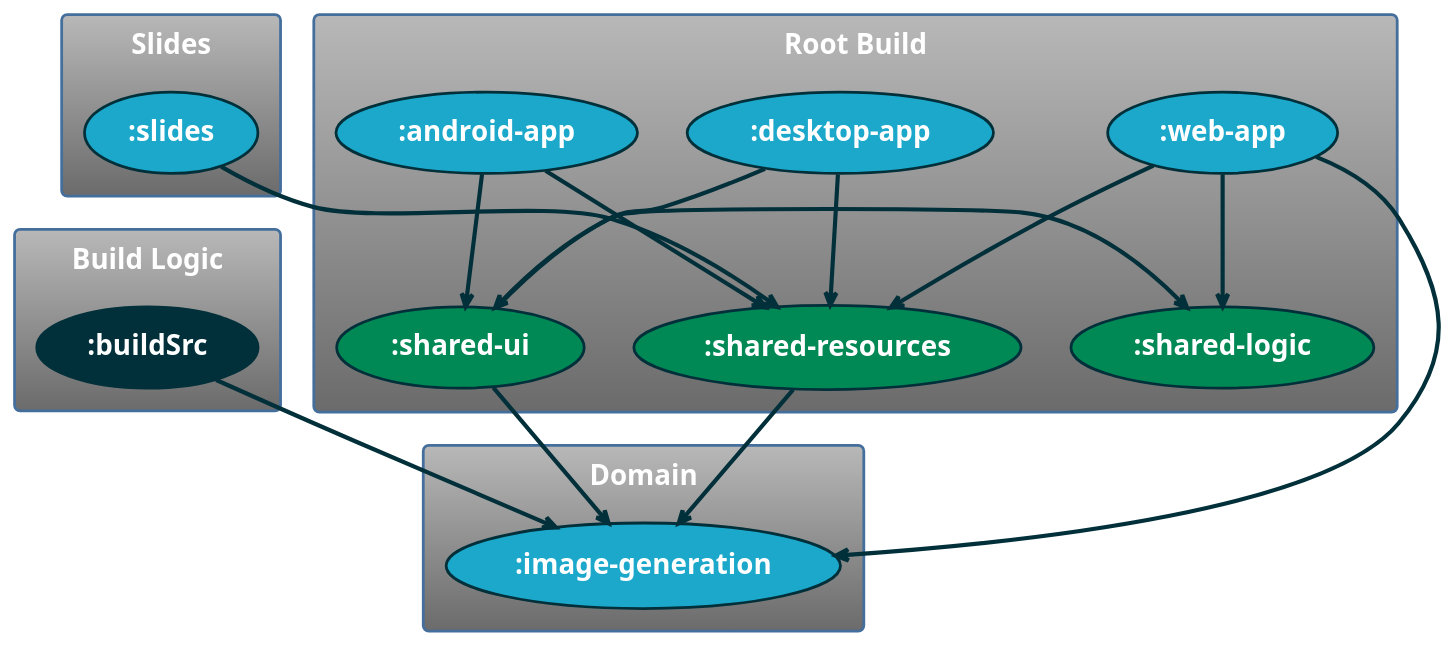
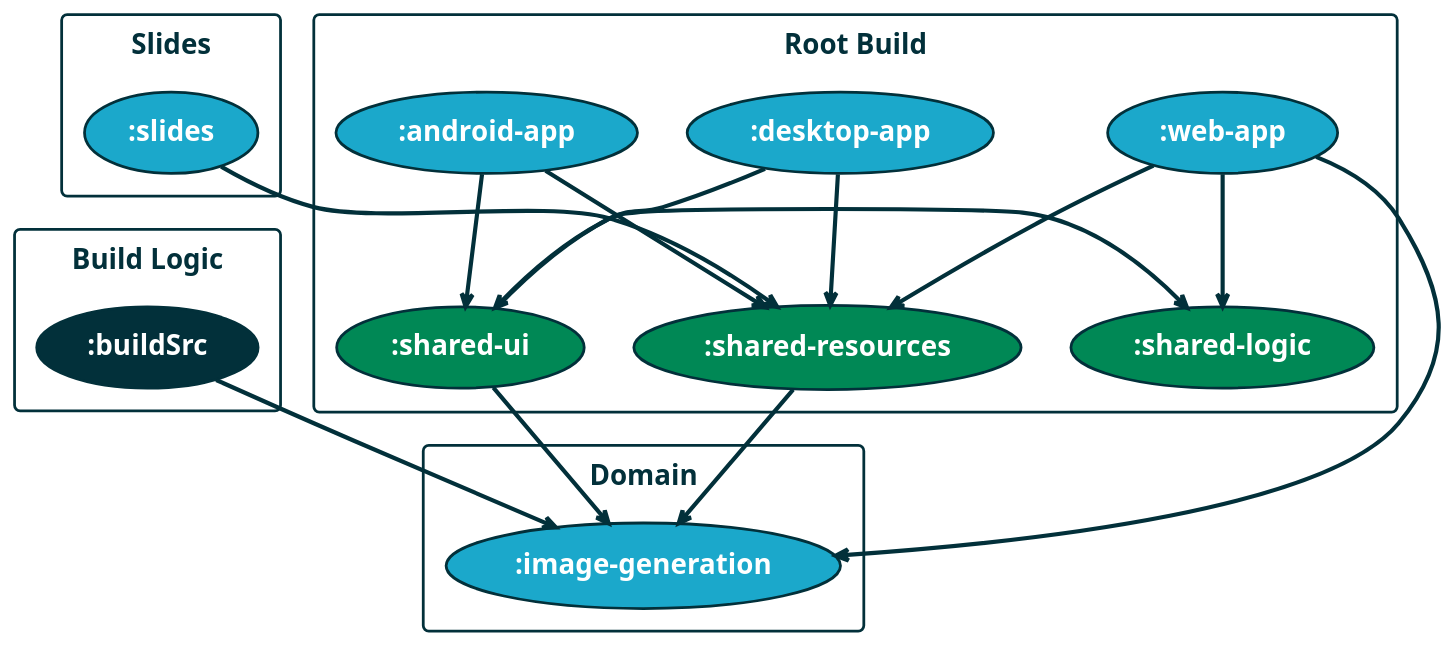
Before and after one commit to gradle/imaginate: the diagram in slides/src/docs/asciidoc/fragments/_diagram_build-logic-graph.adoc, drawn with PlantUML. The commit also changed 2 other files, not shown here.

Commit message:
More slides

```diff
--- a/slides/src/docs/asciidoc/fragments/_diagram_build-logic-graph.adoc
+++ b/slides/src/docs/asciidoc/fragments/_diagram_build-logic-graph.adoc
@@ -1,52 +1,57 @@
 [plantuml]
 ....
 @startuml
 !theme spacelab
 skinparam shadowing false
 skinparam defaultFontSize 20
 skinparam defaultFontName Helvetica
 skinparam defaultFontColor white
 skinparam usecase {
   BackgroundColor 1ba8cb
   BorderColor 02303a
   ArrowColor 02303a
+}
+skinparam rectangleFontColor 02303a
+skinparam rectangle {
+  BackgroundColor ffffff
+  BorderColor 02303a
 }
 top to bottom direction
 rectangle Domain {
     "**:image-generation**" as (imageGeneration)
 }
 rectangle "Build Logic" {
     "**:buildSrc**" as (buildLogic) #02303a
 }
 rectangle "Root Build" {
 "**:shared-resources**" as (sharedResources) #008855
 "**:shared-logic**" as (sharedLogic) #008855
 "**:shared-ui**" as (sharedUi) #008855
     "**:web-app**" as (webApp)
     "**:desktop-app**" as (desktopApp)
     "**:android-app**" as (androidApp)
 }
 rectangle Slides {
     "**:slides**" as (slides)
 }
 
 androidApp --> sharedResources
 androidApp --> sharedUi
 
 desktopApp --> sharedResources
 desktopApp --> sharedUi
 
 webApp --> sharedLogic
 webApp --> sharedResources
 webApp --> imageGeneration
 
 slides --> sharedResources
 
 buildLogic --> imageGeneration
 sharedResources --> imageGeneration
 sharedUi -> sharedLogic
 sharedUi -> imageGeneration
 
 
 @enduml
 ....
```
